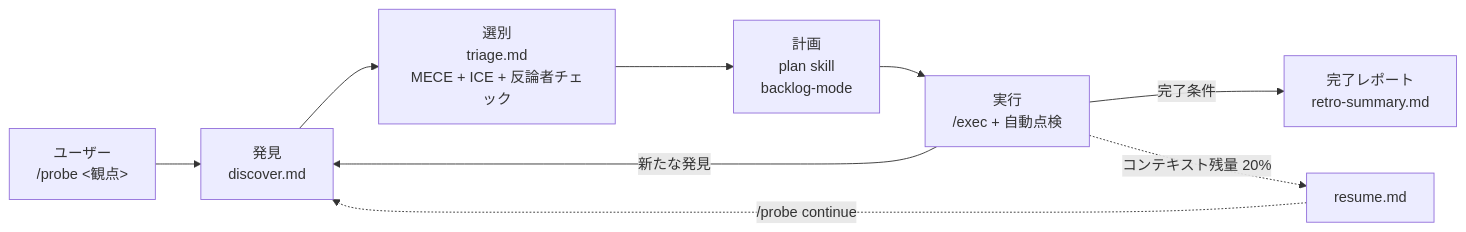
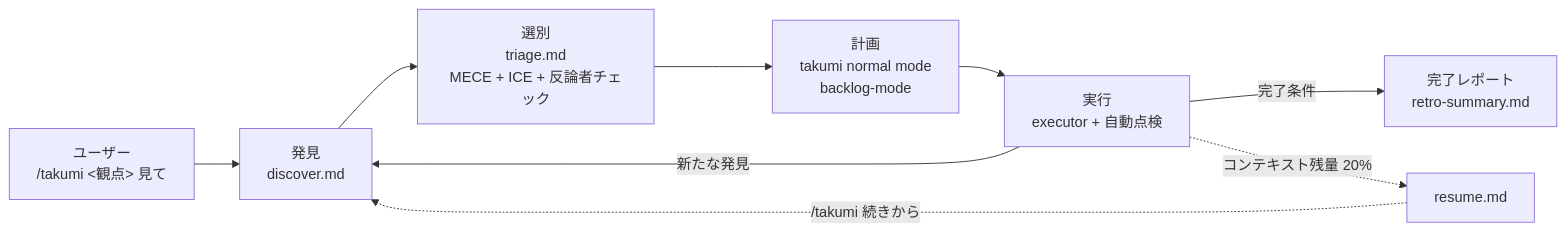
Before and after one commit to NAM-MAN/takumi: the diagram in skills/takumi/probe/README.md, drawn with Mermaid. The commit also changed other lines of this file and 37 other files, not shown here.

````diff
--- a/skills/takumi/probe/README.md
+++ b/skills/takumi/probe/README.md
@@ -54,11 +46,11 @@
 ```mermaid
 flowchart LR
-    U[ユーザー<br/>/probe &lt;観点&gt;] --> D[発見<br/>discover.md]
+    U[ユーザー<br/>/takumi &lt;観点&gt; 見て] --> D[発見<br/>discover.md]
     D --> T[選別<br/>triage.md<br/>MECE + ICE + 反論者チェック]
-    T --> P[計画<br/>plan skill<br/>backlog-mode]
-    P --> E[実行<br/>/exec + 自動点検]
+    T --> P[計画<br/>takumi normal mode<br/>backlog-mode]
+    P --> E[実行<br/>executor + 自動点検]
     E -->|新たな発見| D
     E -->|完了条件| F[完了レポート<br/>retro-summary.md]
     E -.コンテキスト残量 20%.-> R[resume.md]
-    R -.->|/probe continue| D
+    R -.->|/takumi 続きから| D
 ```
````
